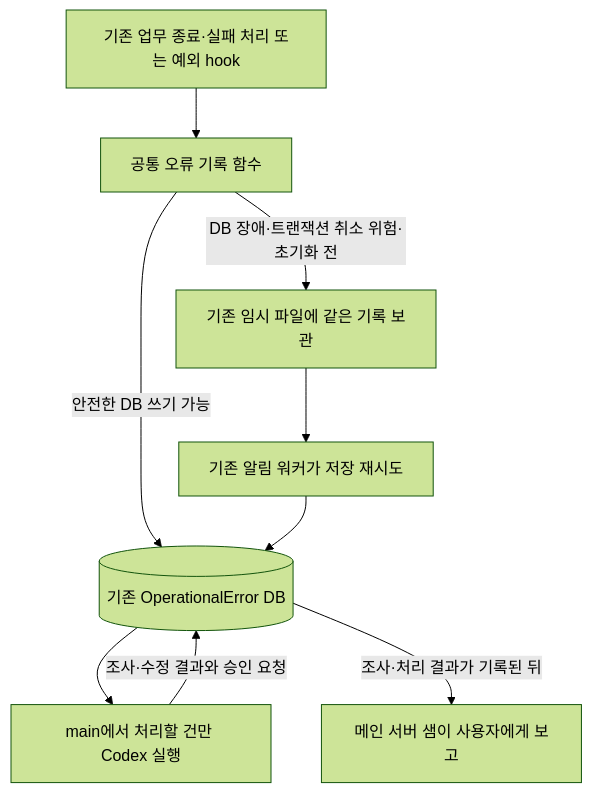
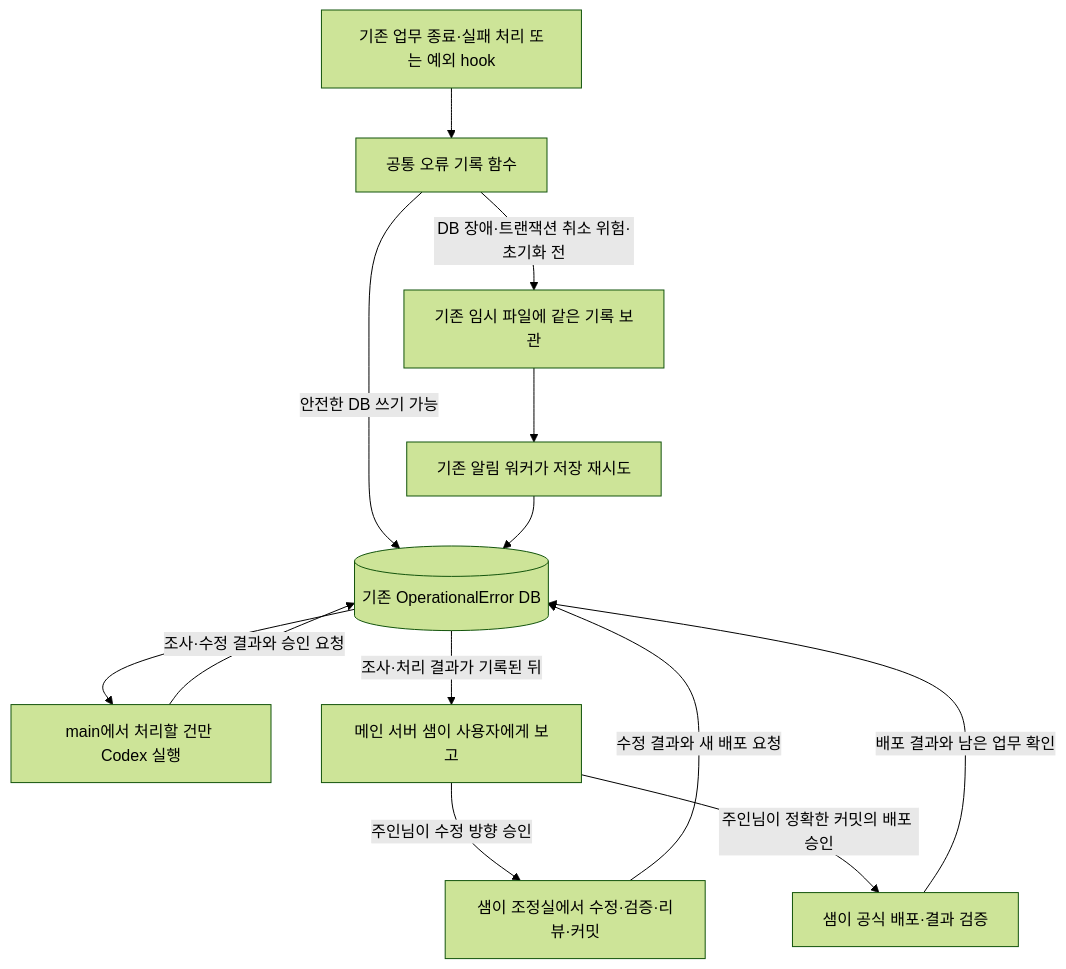
One commit to chaconne67/controlroom changed the diagram in exdigm/docs/operational-error-triage-repair-policy-20260918.md. Above: the diagram before and after it, drawn with Mermaid (forest theme). The commit also changed other lines of this file and 3 other files, not shown here.

````diff
--- a/exdigm/docs/operational-error-triage-repair-policy-20260918.md
+++ b/exdigm/docs/operational-error-triage-repair-policy-20260918.md
@@ -40,11 +40,15 @@
 ```mermaid
 flowchart TD
     A[기존 업무 종료·실패 처리 또는 예외 hook] --> B[공통 오류 기록 함수]
     B -->|안전한 DB 쓰기 가능| D[(기존 OperationalError DB)]
     B -->|DB 장애·트랜잭션 취소 위험·초기화 전| C[기존 임시 파일에 같은 기록 보관]
     C --> E[기존 알림 워커가 저장 재시도]
     E --> D
     D --> F[main에서 처리할 건만 Codex 실행]
     F -->|조사·수정 결과와 승인 요청| D
     D -->|조사·처리 결과가 기록된 뒤| G[메인 서버 샘이 사용자에게 보고]
+    G -->|주인님이 수정 방향 승인| H[샘이 조정실에서 수정·검증·리뷰·커밋]
+    H -->|수정 결과와 새 배포 요청| D
+    G -->|주인님이 정확한 커밋의 배포 승인| I[샘이 공식 배포·결과 검증]
+    I -->|배포 결과와 남은 업무 확인| D
 ```
````
